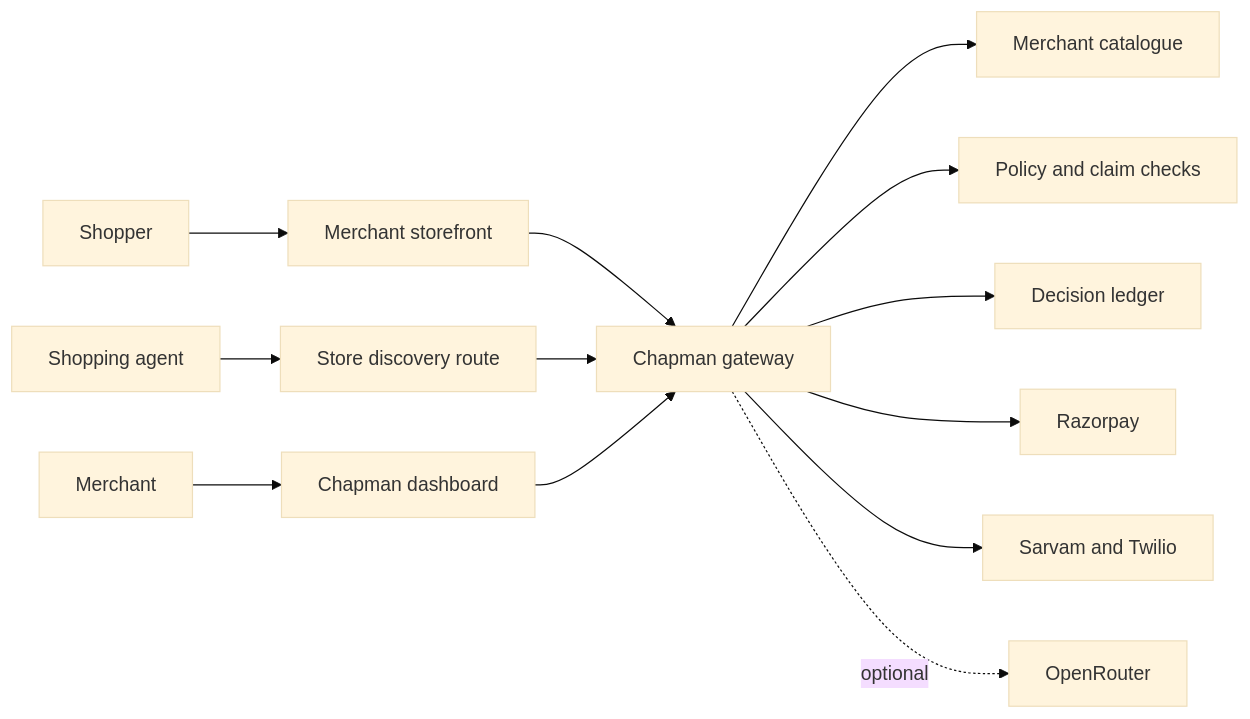
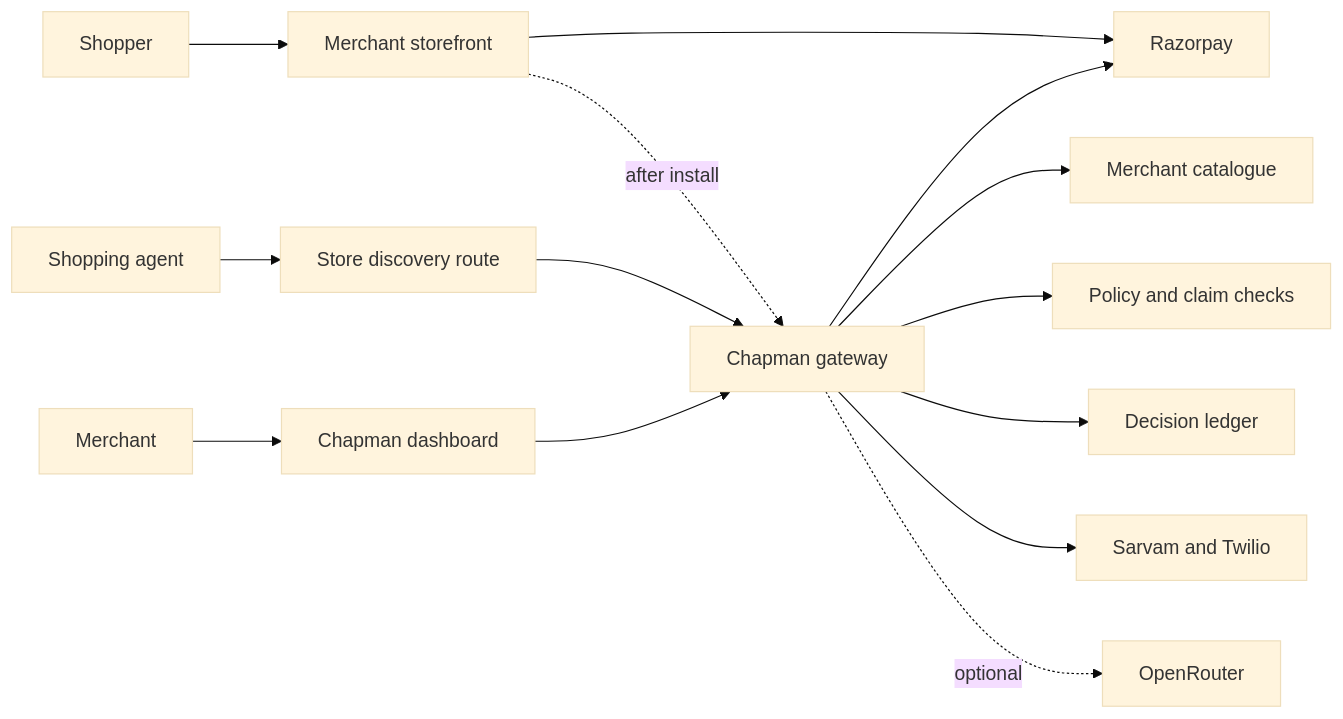
One commit to supersanchayrx/RazorPay-Buildathon changed the diagram in README.md. Above: the diagram before and after it, drawn with Mermaid (base theme). The commit also changed other lines of this file and 45 other files, not shown here.

````diff
--- a/README.md
+++ b/README.md
@@ -38,17 +60,18 @@
 ```mermaid
 flowchart LR
     Shopper[Shopper] --> Store[Merchant storefront]
     Agent[Shopping agent] --> Discovery[Store discovery route]
     Merchant[Merchant] --> Dashboard[Chapman dashboard]
 
-    Store --> Gateway[Chapman gateway]
+    Store --> Razorpay[Razorpay]
+    Store -. after install .-> Gateway[Chapman gateway]
     Discovery --> Gateway
     Dashboard --> Gateway
 
     Gateway --> Catalog[Merchant catalogue]
     Gateway --> Checks[Policy and claim checks]
     Gateway --> Ledger[Decision ledger]
-    Gateway --> Razorpay[Razorpay]
+    Gateway --> Razorpay
     Gateway --> Voice[Sarvam and Twilio]
     Gateway -. optional .-> OpenRouter[OpenRouter]
 ```
````
